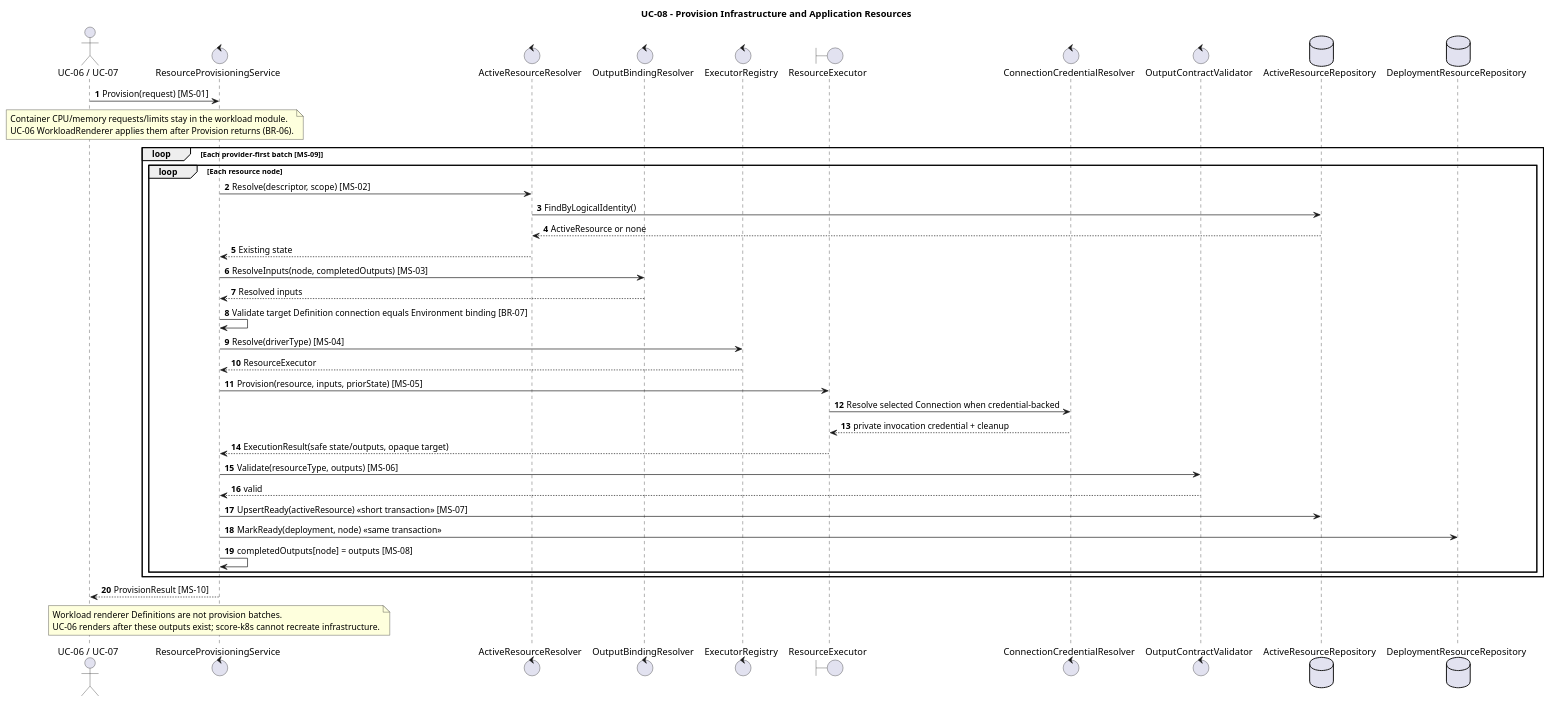
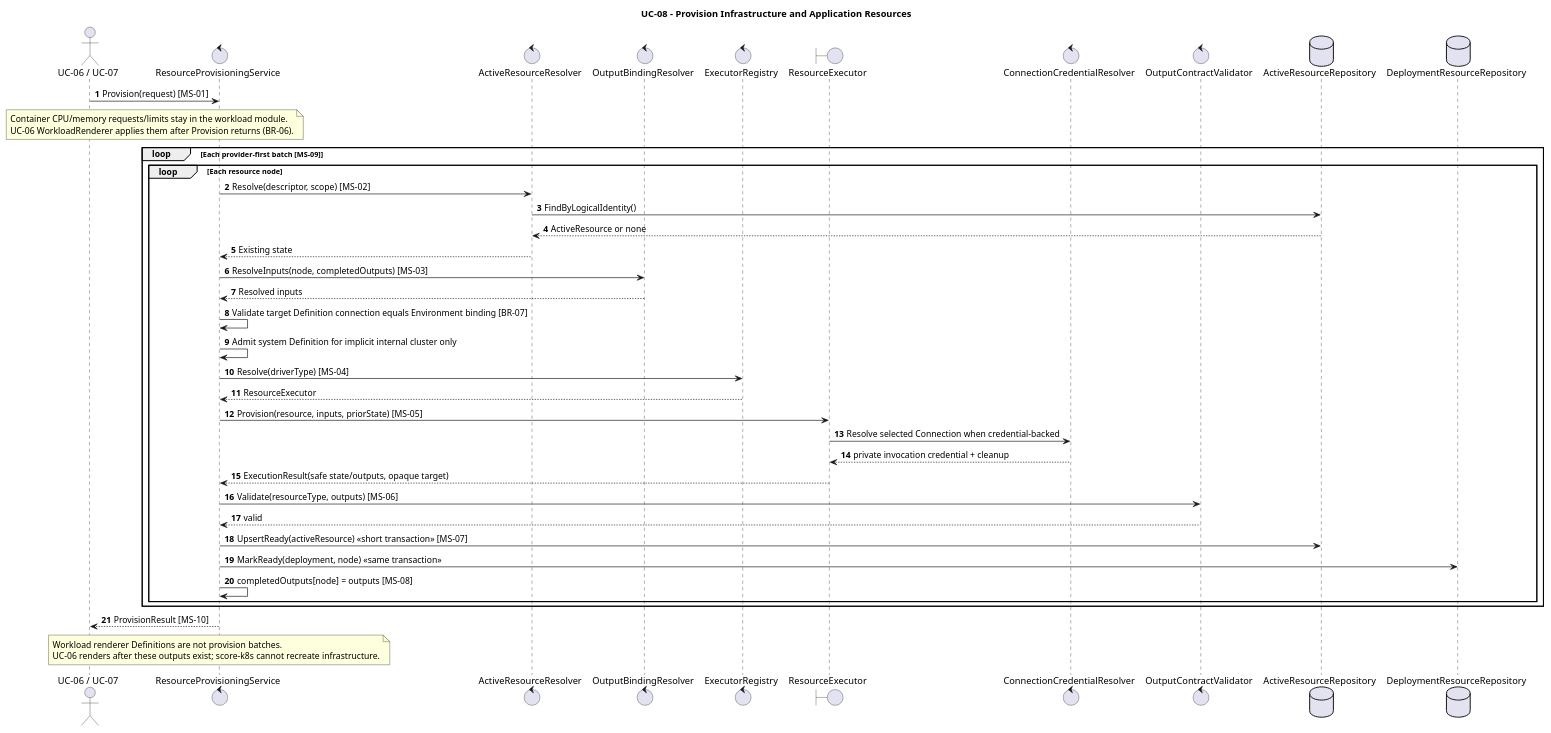
One commit to pr3s3nt/poc changed the diagram in orchestrator_docs/usecase/UC-08/sequence.puml. Above: the diagram before and after it, drawn with PlantUML. The commit also changed 87 other files, not shown here.

```diff
--- a/orchestrator_docs/usecase/UC-08/sequence.puml
+++ b/orchestrator_docs/usecase/UC-08/sequence.puml
@@ -1,48 +1,49 @@
 @startuml
 title UC-08 - Provision Infrastructure and Application Resources
 autonumber
 actor "UC-06 / UC-07" as Caller
 control ResourceProvisioningService as Service
 control ActiveResourceResolver as ActiveResolver
 control OutputBindingResolver as BindingResolver
 control ExecutorRegistry as Registry
 boundary ResourceExecutor as Executor
 control ConnectionCredentialResolver as Credentials
 control OutputContractValidator as Validator
 database ActiveResourceRepository as ResourceRepo
 database DeploymentResourceRepository as DeploymentResourceRepo
 
 Caller -> Service: Provision(request) [MS-01]
 note over Caller, Service
 Container CPU/memory requests/limits stay in the workload module.
 UC-06 WorkloadRenderer applies them after Provision returns (BR-06).
 end note
 loop Each provider-first batch [MS-09]
   loop Each resource node
     Service -> ActiveResolver: Resolve(descriptor, scope) [MS-02]
     ActiveResolver -> ResourceRepo: FindByLogicalIdentity()
     ResourceRepo --> ActiveResolver: ActiveResource or none
     ActiveResolver --> Service: Existing state
     Service -> BindingResolver: ResolveInputs(node, completedOutputs) [MS-03]
     BindingResolver --> Service: Resolved inputs
     Service -> Service: Validate target Definition connection equals Environment binding [BR-07]
+    Service -> Service: Admit system Definition for implicit internal cluster only
     Service -> Registry: Resolve(driverType) [MS-04]
     Registry --> Service: ResourceExecutor
     Service -> Executor: Provision(resource, inputs, priorState) [MS-05]
     Executor -> Credentials: Resolve selected Connection when credential-backed
     Credentials --> Executor: private invocation credential + cleanup
     Executor --> Service: ExecutionResult(safe state/outputs, opaque target)
     Service -> Validator: Validate(resourceType, outputs) [MS-06]
     Validator --> Service: valid
     Service -> ResourceRepo: UpsertReady(activeResource) <<short transaction>> [MS-07]
     Service -> DeploymentResourceRepo: MarkReady(deployment, node) <<same transaction>>
     Service -> Service: completedOutputs[node] = outputs [MS-08]
   end
 end
 Service --> Caller: ProvisionResult [MS-10]
 
 note over Service
 Workload renderer Definitions are not provision batches.
 UC-06 renders after these outputs exist; score-k8s cannot recreate infrastructure.
 end note
 @enduml
```
